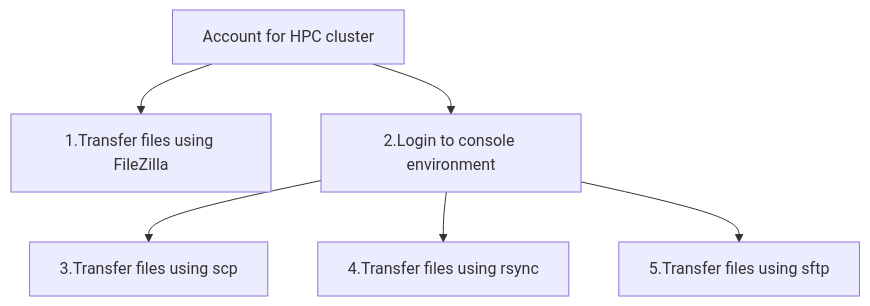
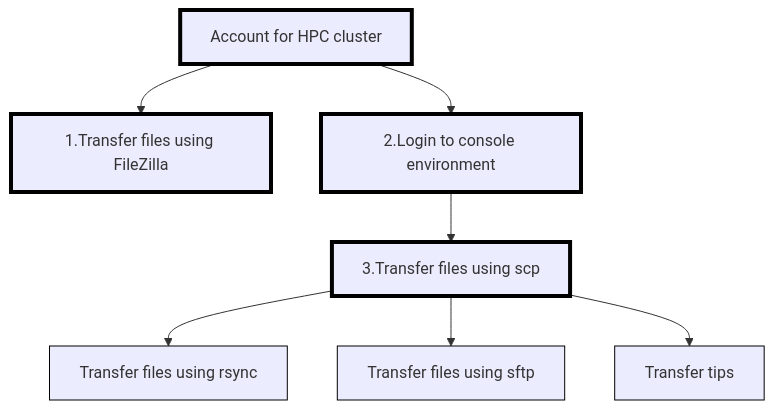
Before and after one commit to UPPMAX/naiss_file_transfer_course: the diagram in docs/sessions/intro.md, drawn with Mermaid. The commit also changed other lines of this file, not shown here.

Commit message:
Shows types of sessions

````diff
--- a/docs/sessions/intro.md
+++ b/docs/sessions/intro.md
@@ -40,15 +41,21 @@
 ```mermaid
 flowchart TD
-  account[Account for HPC cluster]
-  filezilla[1.Transfer files using FileZilla]
-  login_console[2.Login to console environment]
-  scp[3.Transfer files using scp]
-  rsync[4.Transfer files using rsync]
-  sftp[5.Transfer files using sftp]
+
+  classDef always stroke:#000,stroke-width:4px;
+  classDef optional stroke:#000,stroke-width:1px;
+
+  account[Account for HPC cluster]:::always
+  filezilla[1.Transfer files using FileZilla]:::always
+  login_console[2.Login to console environment]:::always
+  scp[3.Transfer files using scp]:::always
+  rsync[Transfer files using rsync]:::optional
+  sftp[Transfer files using sftp]:::optional
+  transfer_tips[Transfer tips]:::optional
 
   account --> filezilla
   account --> login_console
   login_console --> scp
-  login_console --> rsync
-  login_console --> sftp
+  scp --> rsync
+  scp --> sftp
+  scp --> transfer_tips
 ```
````
